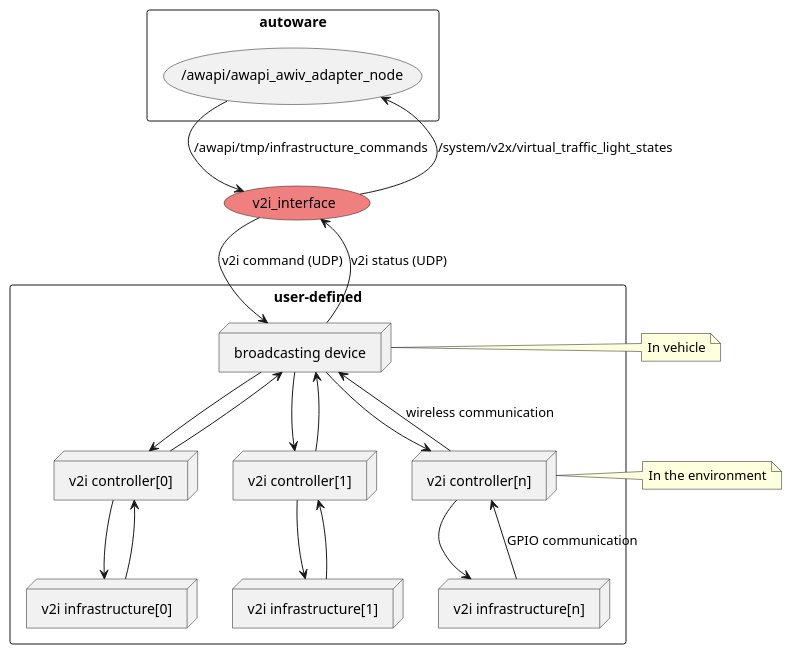
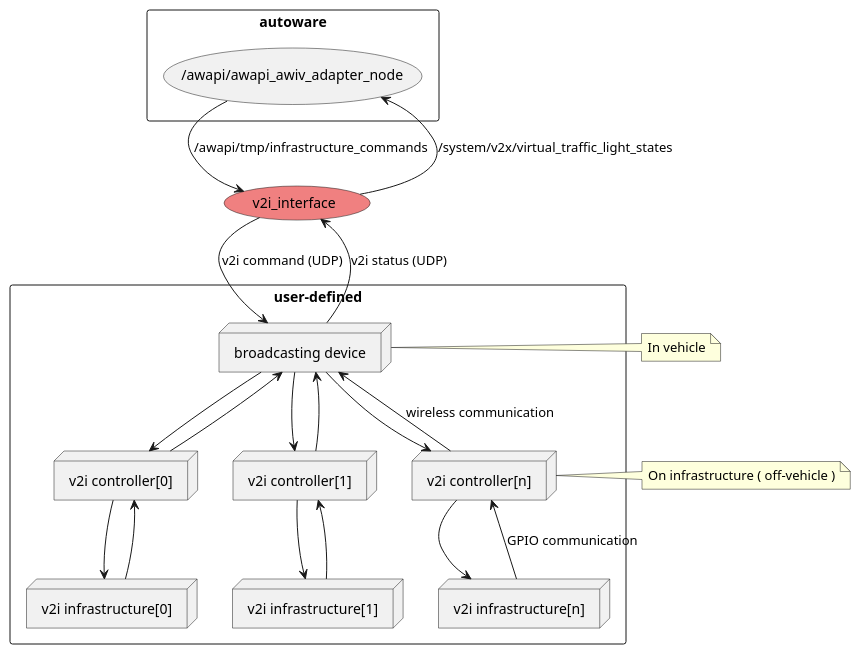
The diagram in docs/node_graph.pu (v-sugahara7993-esol/v2i_interface), drawn with PlantUML before and after one commit.

```diff
--- a/docs/node_graph.pu
+++ b/docs/node_graph.pu
@@ -1,41 +1,41 @@
 @startuml
 
 rectangle autoware {
   usecase "/awapi/awapi_awiv_adapter_node"
 }
 usecase "v2i_interface" #LightCoral
 rectangle user-defined {
   node "broadcasting device"
   node "v2i controller[0]" as v2ictl_0
   node "v2i controller[1]" as v2ictl_1
   node "v2i controller[n]" as v2ictl_n
   node "v2i infrastructure[0]" as v2ihw_0
   node "v2i infrastructure[1]" as v2ihw_1
   node "v2i infrastructure[n]" as v2ihw_n
 }
 
 (/awapi/awapi_awiv_adapter_node) --> (v2i_interface) : /awapi/tmp/infrastructure_commands
 (/awapi/awapi_awiv_adapter_node) <-- (v2i_interface) : /system/v2x/virtual_traffic_light_states
 (v2i_interface) --> (broadcasting device) : v2i command (UDP)
 (v2i_interface) <-- (broadcasting device) : v2i status (UDP)
 (broadcasting device) --> (v2ictl_0)
 (broadcasting device) <-- (v2ictl_0)
 (broadcasting device) --> (v2ictl_1)
 (broadcasting device) <-- (v2ictl_1)
 (broadcasting device) --> (v2ictl_n)
 (broadcasting device) <-- (v2ictl_n) : wireless communication
 
 (v2ictl_0) -[hidden] (v2ictl_1)
 (v2ictl_1) -[hidden] (v2ictl_n)
 
 (v2ictl_0) --> (v2ihw_0)
 (v2ictl_0) <-- (v2ihw_0)
 (v2ictl_1) --> (v2ihw_1)
 (v2ictl_1) <-- (v2ihw_1)
 (v2ictl_n) --> (v2ihw_n)
 (v2ictl_n) <-- (v2ihw_n) : GPIO communication
 
 note right of "broadcasting device" : In vehicle
-note right of v2ictl_n : In the environment
+note right of v2ictl_n : On infrastructure ( off-vehicle )
 
 @enduml
```
